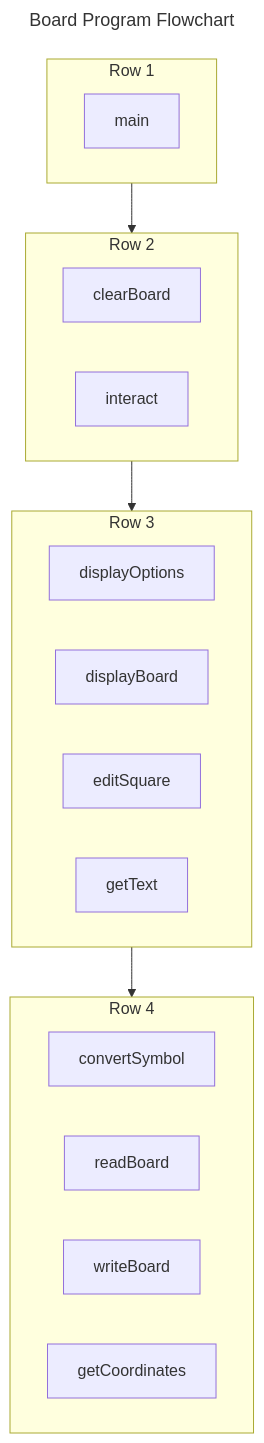
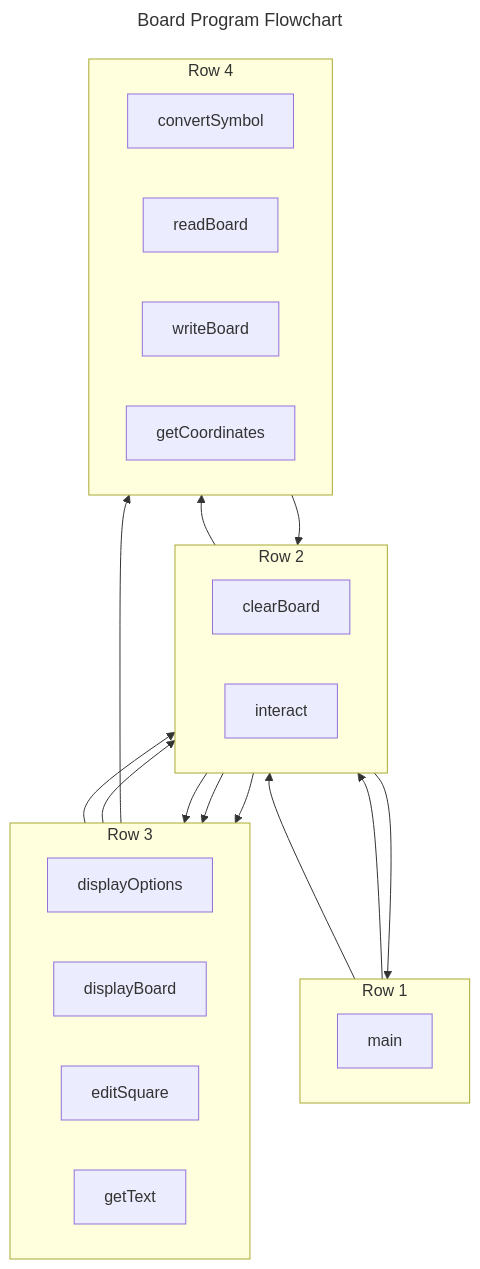
Before and after one commit to ehrrsn7/object-oriented-programming: the diagram in cpp/Unit-1/Chapter-1.0/1.0-Design-Documents.ai.md, drawn with Mermaid.

Commit message:
🤖 AI C21909i11:09 AM: ${AMi8e01AMge} | ${7AM11:09 AMe}

```diff
--- a/cpp/Unit-1/Chapter-1.0/1.0-Design-Documents.ai.md
+++ b/cpp/Unit-1/Chapter-1.0/1.0-Design-Documents.ai.md
@@ -196,41 +196,51 @@
 :::mermaid
 ---
 title: Board Program Flowchart
 layout: hierarchical
 flowchart:
    htmlLabels: false
 ---
 flowchart TB
    subgraph subGraph1["Row 1"]
       direction LR
 
-      main.Aqua["main"]
+      main["main"]
    end
 
    subgraph subGraph2["Row 2"]
       direction RL
 
       clearBoard["clearBoard"]
       interact["interact"]
    end
 
    subgraph subGraph3["Row 3"]
       direction LR
 
       displayOptions["displayOptions"]
       displayBoard["displayBoard"]
       editSquare["editSquare"]
       getText["getText"]
    end
 
    subgraph subGraph4["Row 4"]
       direction LR
 
       convertSymbol["convertSymbol"]
       readBoard["readBoard"]
       writeBoard["writeBoard"]
       getCoordinates["getCoordinates"]
    end
 
+   main --> interact
+
+   displayOptions --> interact
+   interact --> displayBoard
+   readBoard --> interact
+   interact --> writeBoard
+   interact --> editSquare
+   getText --> interact
+   clearBoard --> main
+
    subGraph1 --> subGraph2 --> subGraph3 --> subGraph4
 :::
```
